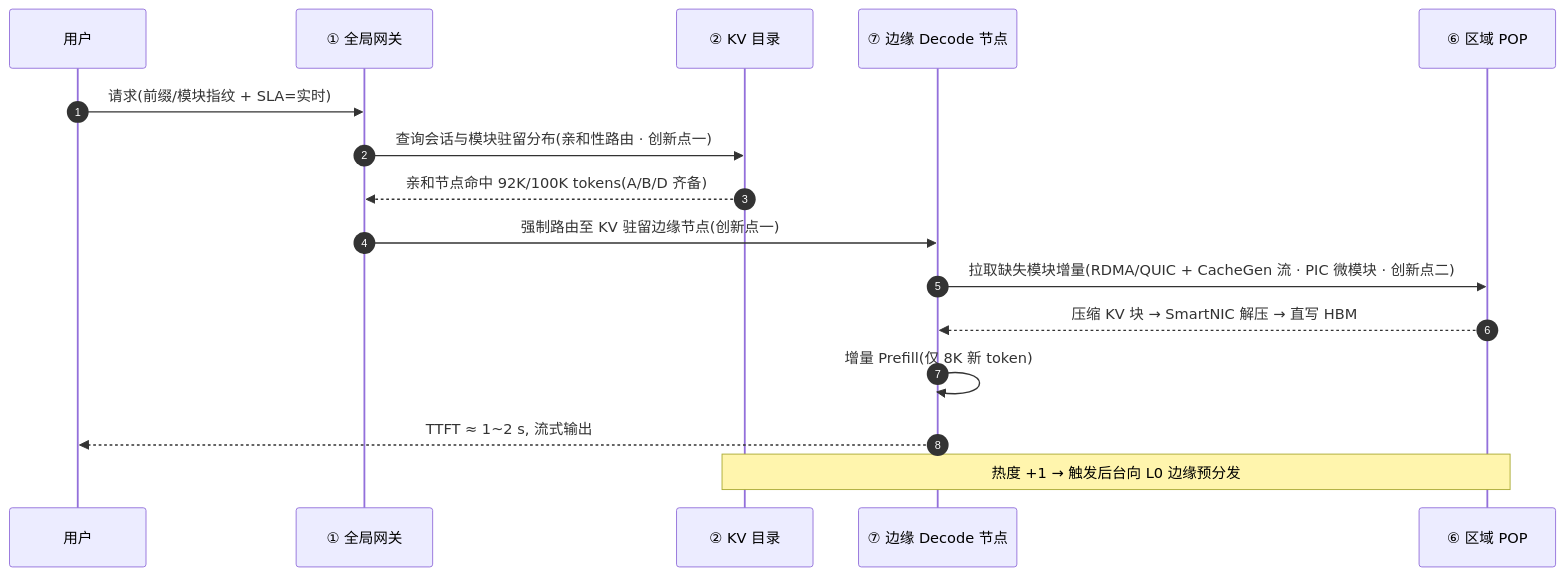
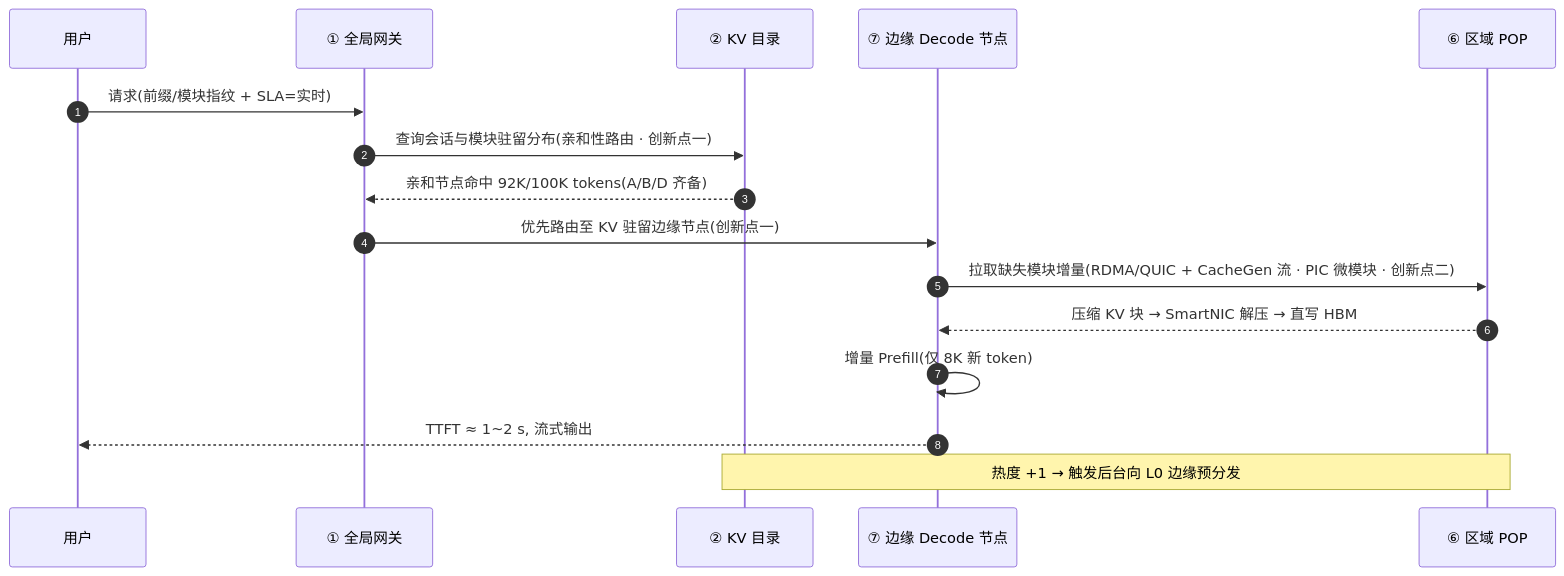
Before and after one commit to asml125-sketch/KVCacheCDNSolution: the eighth of 13 diagrams in KV Cache CDN 解决方案构想报告（完整版V2）.md, drawn with Mermaid. The commit also changed other lines of this file and 2 other files, not shown here.

````diff
--- a/KV Cache CDN 解决方案构想报告（完整版V2）.md
+++ b/KV Cache CDN 解决方案构想报告（完整版V2）.md
@@ -738,18 +741,18 @@
 ```mermaid
 sequenceDiagram
     autonumber
     participant U as 用户
     participant GW as ① 全局网关
     participant CAT as ② KV 目录
     participant E as ⑦ 边缘 Decode 节点
     participant R as ⑥ 区域 POP
     U->>GW: 请求(前缀/模块指纹 + SLA=实时)
     GW->>CAT: 查询会话与模块驻留分布(亲和性路由 · 创新点一)
     CAT-->>GW: 亲和节点命中 92K/100K tokens(A/B/D 齐备)
-    GW->>E: 强制路由至 KV 驻留边缘节点(创新点一)
+    GW->>E: 优先路由至 KV 驻留边缘节点(创新点一)
     E->>R: 拉取缺失模块增量(RDMA/QUIC + CacheGen 流 · PIC 微模块 · 创新点二)
     R-->>E: 压缩 KV 块 → SmartNIC 解压 → 直写 HBM
     E->>E: 增量 Prefill(仅 8K 新 token)
     E-->>U: TTFT ≈ 1~2 s, 流式输出
     Note over R,CAT: 热度 +1 → 触发后台向 L0 边缘预分发
 ```
````
